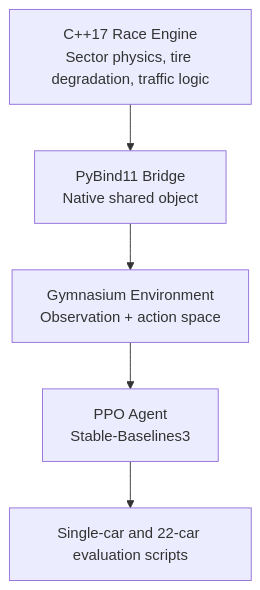
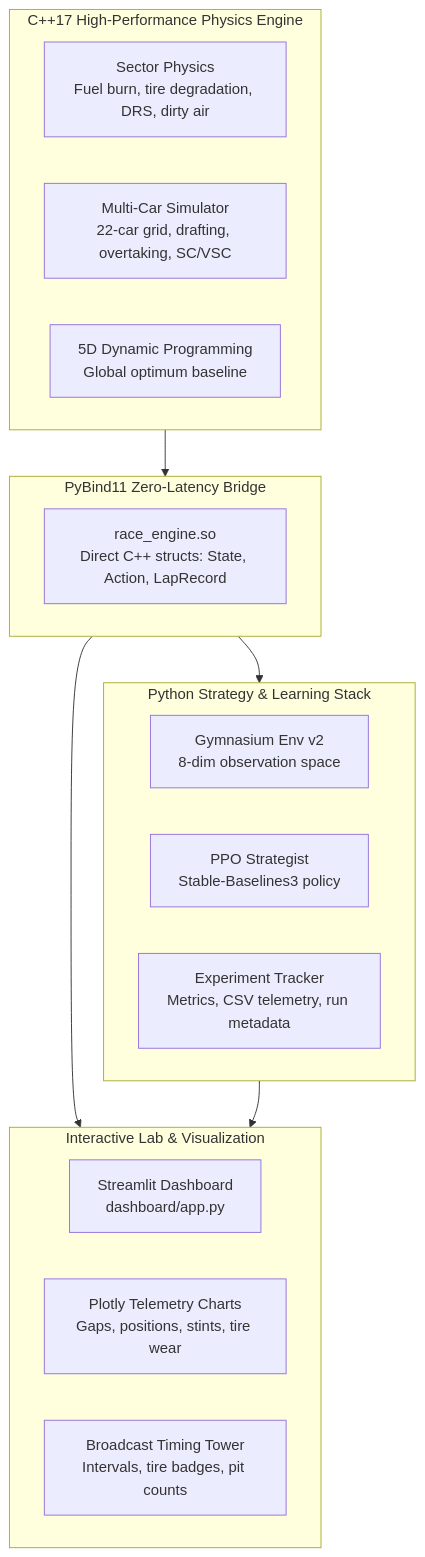
One commit to Vedant-07-jadhav/Race_strategy changed the diagram in README.md. Above: the diagram before and after it, drawn with Mermaid. The commit also changed other lines of this file and 87 other files, not shown here.

Commit message:
Multiple changes added (improvements in Dp and RL and adding more featues for RL. added Safety car feature and improved engine )

````diff
--- a/README.md
+++ b/README.md
@@ -41,7 +87,29 @@
 ```mermaid
 flowchart TB
-	CXX[C++17 Race Engine\nSector physics, tire degradation, traffic logic] --> PYB[PyBind11 Bridge\nNative shared object]
-	PYB --> ENV[Gymnasium Environment\nObservation + action space]
-	ENV --> PPO[PPO Agent\nStable-Baselines3]
-	PPO --> EXP[Single-car and 22-car evaluation scripts]
+    subgraph CXX [C++17 High-Performance Physics Engine]
+        PHY[Sector Physics\nFuel burn, tire degradation, DRS, dirty air]
+        SIM[Multi-Car Simulator\n22-car grid, drafting, overtaking, SC/VSC]
+        DP[5D Dynamic Programming\nGlobal optimum baseline]
+    end
+
+    subgraph BRG [PyBind11 Zero-Latency Bridge]
+        SO[race_engine.so\nDirect C++ structs: State, Action, LapRecord]
+    end
+
+    subgraph PY [Python Strategy & Learning Stack]
+        ENV[Gymnasium Env v2\n8-dim observation space]
+        RL[PPO Strategist\nStable-Baselines3 policy]
+        TRK[Experiment Tracker\nMetrics, CSV telemetry, run metadata]
+    end
+
+    subgraph UI [Interactive Lab & Visualization]
+        DASH[Streamlit Dashboard\ndashboard/app.py]
+        PLOT[Plotly Telemetry Charts\nGaps, positions, stints, tire wear]
+        TWR[Broadcast Timing Tower\nIntervals, tire badges, pit counts]
+    end
+
+    CXX --> BRG
+    BRG --> PY
+    BRG --> UI
+    PY --> UI
 ```
````
